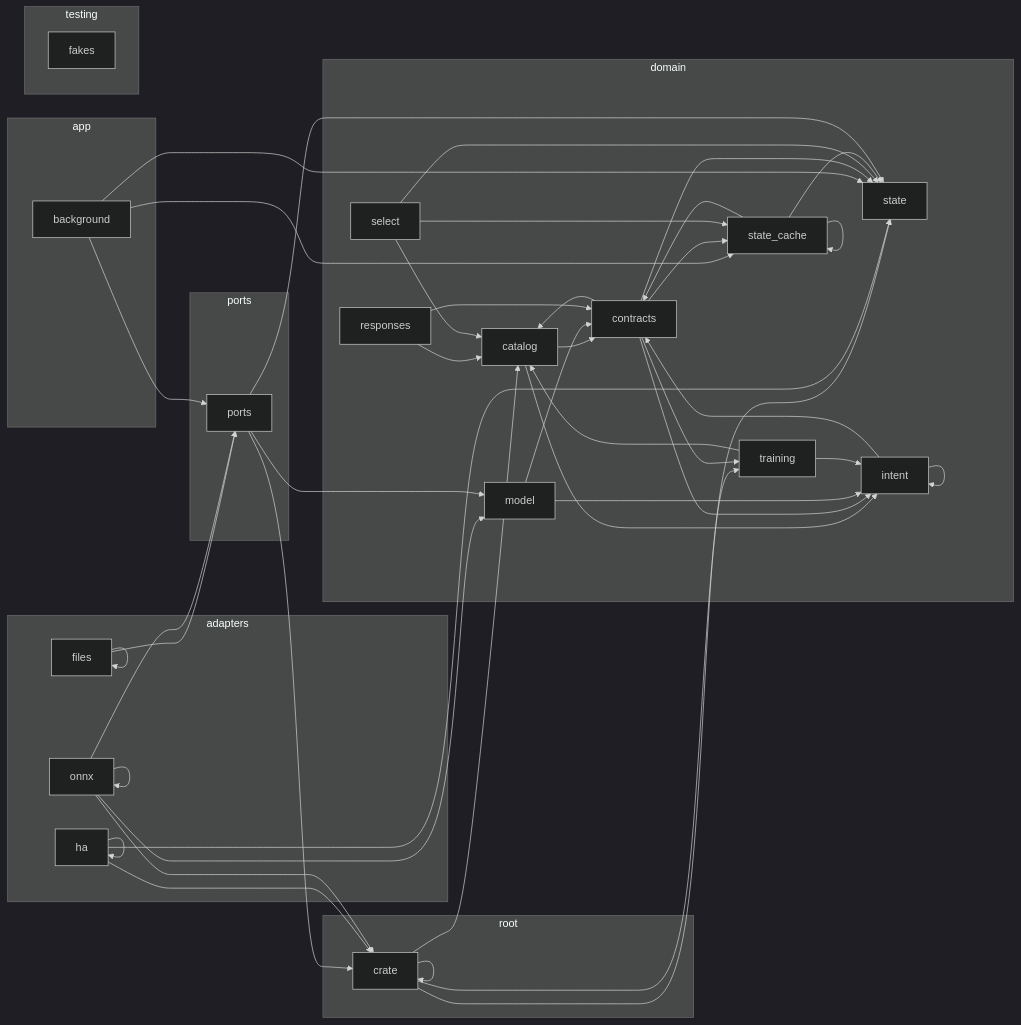
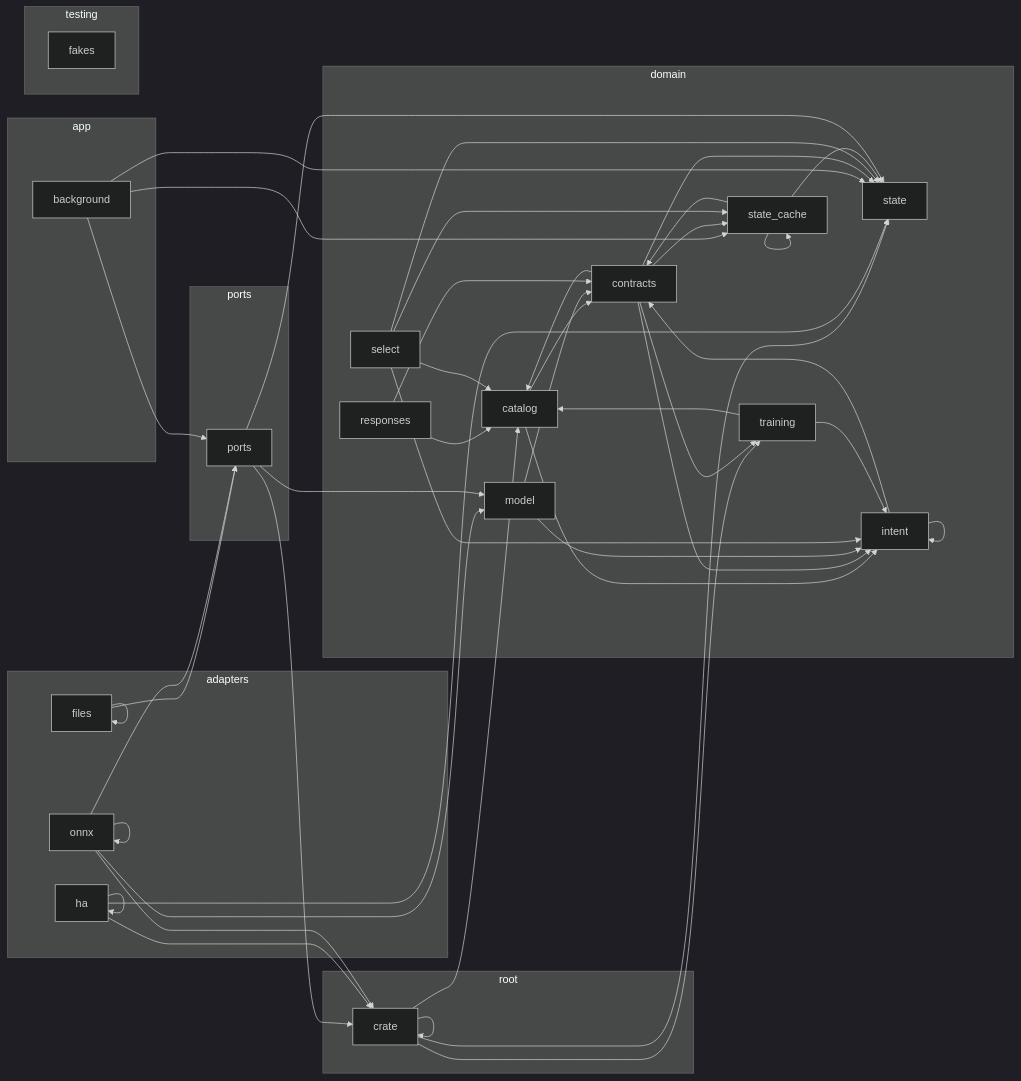
One commit to louislang/ha-jarvis changed the diagram in docs/architecture.md. Above: the diagram before and after it, drawn with Mermaid (dark theme). The commit also changed 1 other file, not shown here.

Commit message:
4.4b Name Words and Skipped Entities
`select` now applies the `name` of a filter: each word of the normalized filter name must be a word of the normalized entity name or of one normalized alias. It also skips entities that have an entity category, are hidden or disabled, or are on a device with an `assist_satellite` entity. Thus "turn on the lights" finds the switch "Garage Light" and no longer finds "Living Room Fan" or the entities of a satellite.

````diff
--- a/docs/architecture.md
+++ b/docs/architecture.md
@@ -5,71 +5,72 @@
 ```mermaid
 flowchart LR
     subgraph adapters
         crate_adapters_files[files]
         crate_adapters_ha[ha]
         crate_adapters_onnx[onnx]
     end
     subgraph app
         crate_app_background[background]
     end
     subgraph domain
         crate_domain_catalog[catalog]
         crate_domain_contracts[contracts]
         crate_domain_intent[intent]
         crate_domain_model[model]
         crate_domain_responses[responses]
         crate_domain_select[select]
         crate_domain_state[state]
         crate_domain_state_cache[state_cache]
         crate_domain_training[training]
     end
     subgraph ports
         crate_ports[ports]
     end
     subgraph root
         crate[crate]
     end
     subgraph testing
         crate_testing_fakes[fakes]
     end
     crate --> crate
     crate --> crate_domain_catalog
     crate --> crate_domain_state
     crate --> crate_domain_training
     crate_adapters_files --> crate_adapters_files
     crate_adapters_files --> crate_ports
     crate_adapters_ha --> crate
     crate_adapters_ha --> crate_adapters_ha
     crate_adapters_ha --> crate_domain_state
     crate_adapters_onnx --> crate
     crate_adapters_onnx --> crate_adapters_onnx
     crate_adapters_onnx --> crate_domain_model
     crate_adapters_onnx --> crate_ports
     crate_app_background --> crate_domain_state
     crate_app_background --> crate_domain_state_cache
     crate_app_background --> crate_ports
     crate_domain_catalog --> crate_domain_contracts
     crate_domain_catalog --> crate_domain_intent
     crate_domain_contracts --> crate_domain_catalog
     crate_domain_contracts --> crate_domain_intent
     crate_domain_contracts --> crate_domain_state
     crate_domain_contracts --> crate_domain_state_cache
     crate_domain_contracts --> crate_domain_training
     crate_domain_intent --> crate_domain_contracts
     crate_domain_intent --> crate_domain_intent
     crate_domain_model --> crate_domain_contracts
     crate_domain_model --> crate_domain_intent
     crate_domain_responses --> crate_domain_catalog
     crate_domain_responses --> crate_domain_contracts
     crate_domain_select --> crate_domain_catalog
+    crate_domain_select --> crate_domain_intent
     crate_domain_select --> crate_domain_state
     crate_domain_select --> crate_domain_state_cache
     crate_domain_state_cache --> crate_domain_contracts
     crate_domain_state_cache --> crate_domain_state
     crate_domain_state_cache --> crate_domain_state_cache
     crate_domain_training --> crate_domain_catalog
     crate_domain_training --> crate_domain_intent
     crate_ports --> crate
     crate_ports --> crate_domain_model
     crate_ports --> crate_domain_state
 ```
````
